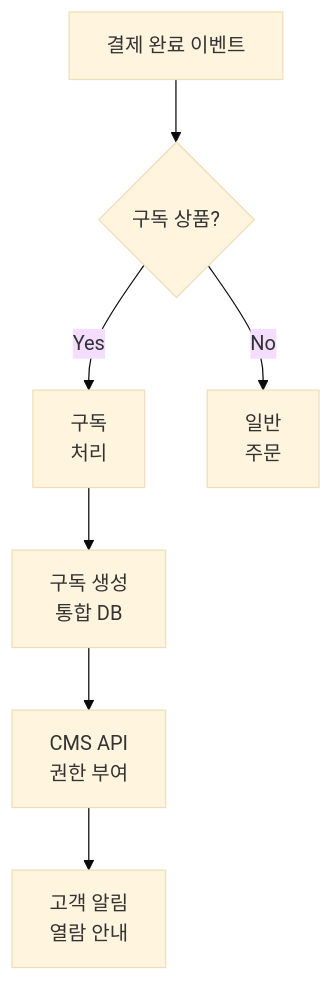
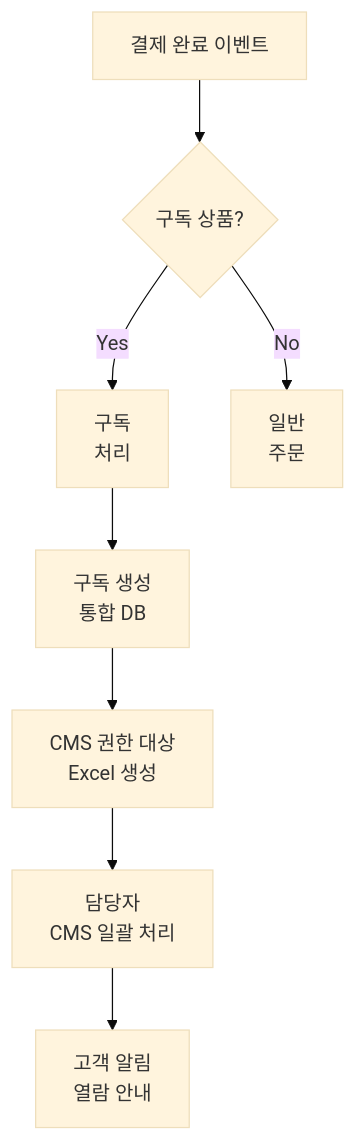
The third of 6 diagrams in src/content/docs/goodthinking-isp/04-design/process-automation.md (sknkwoxs/manual-book), drawn with Mermaid (base theme) before and after one commit. The commit also changed other lines of this file and 6 other files, not shown here.

````diff
--- a/src/content/docs/goodthinking-isp/04-design/process-automation.md
+++ b/src/content/docs/goodthinking-isp/04-design/process-automation.md
@@ -146,17 +146,19 @@
 ```mermaid
 graph TD
     A["결제 완료 이벤트"]
     B{구독 상품?}
     C["구독<br/>처리"]
     D["일반<br/>주문"]
     E["구독 생성<br/>통합 DB"]
-    F["CMS API<br/>권한 부여"]
-    G["고객 알림<br/>열람 안내"]
+    F["CMS 권한 대상<br/>Excel 생성"]
+    G["담당자<br/>CMS 일괄 처리"]
+    H["고객 알림<br/>열람 안내"]
     
     A --> B
     B -->|Yes| C
     B -->|No| D
     C --> E
     E --> F
     F --> G
+    G --> H
 ```
````
